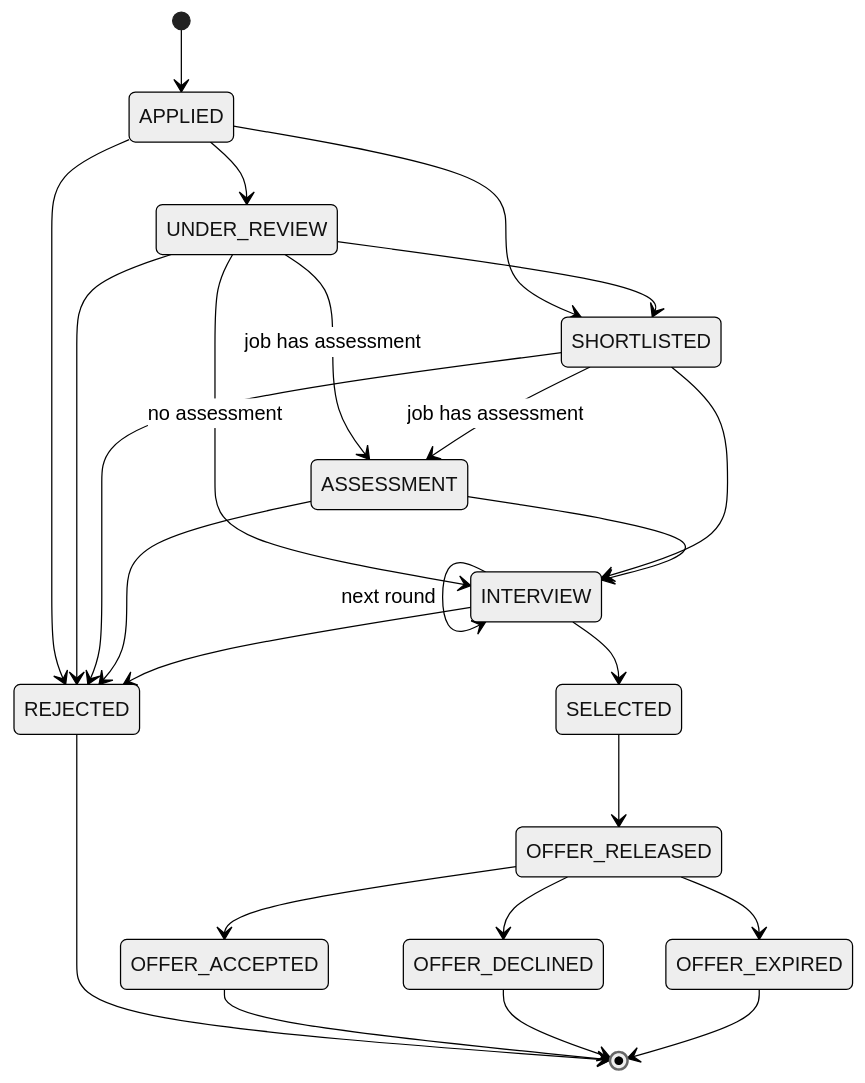
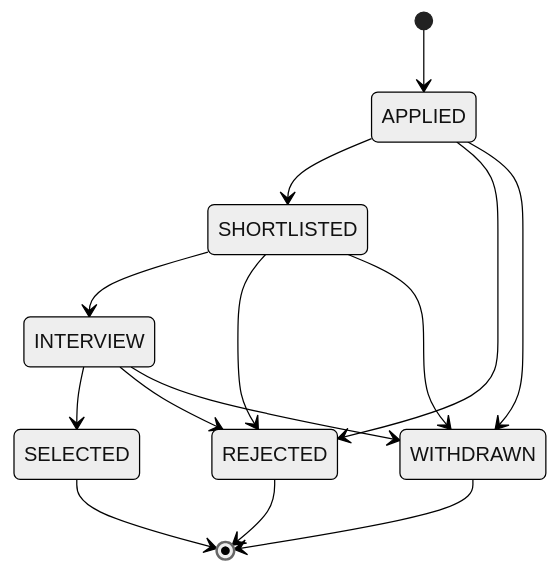
Before and after one commit to IshanWankhede/PlaceTrack: the second of 2 diagrams in docs/WORKFLOWS.md, drawn with Mermaid (neutral theme). The commit also changed other lines of this file and 19 other files, not shown here.

````diff
--- a/docs/WORKFLOWS.md
+++ b/docs/WORKFLOWS.md
@@ -64,27 +83,16 @@
 ```mermaid
 stateDiagram-v2
     [*] --> APPLIED
-    APPLIED --> UNDER_REVIEW
     APPLIED --> SHORTLISTED
     APPLIED --> REJECTED
-    UNDER_REVIEW --> SHORTLISTED
-    UNDER_REVIEW --> ASSESSMENT: job has assessment
-    UNDER_REVIEW --> INTERVIEW: no assessment
-    UNDER_REVIEW --> REJECTED
-    SHORTLISTED --> ASSESSMENT: job has assessment
+    APPLIED --> WITHDRAWN
     SHORTLISTED --> INTERVIEW
     SHORTLISTED --> REJECTED
-    ASSESSMENT --> INTERVIEW
-    ASSESSMENT --> REJECTED
-    INTERVIEW --> INTERVIEW: next round
+    SHORTLISTED --> WITHDRAWN
     INTERVIEW --> SELECTED
     INTERVIEW --> REJECTED
-    SELECTED --> OFFER_RELEASED
-    OFFER_RELEASED --> OFFER_ACCEPTED
-    OFFER_RELEASED --> OFFER_DECLINED
-    OFFER_RELEASED --> OFFER_EXPIRED
+    INTERVIEW --> WITHDRAWN
+    SELECTED --> [*]
     REJECTED --> [*]
-    OFFER_ACCEPTED --> [*]
-    OFFER_DECLINED --> [*]
-    OFFER_EXPIRED --> [*]
+    WITHDRAWN --> [*]
 ```
````
